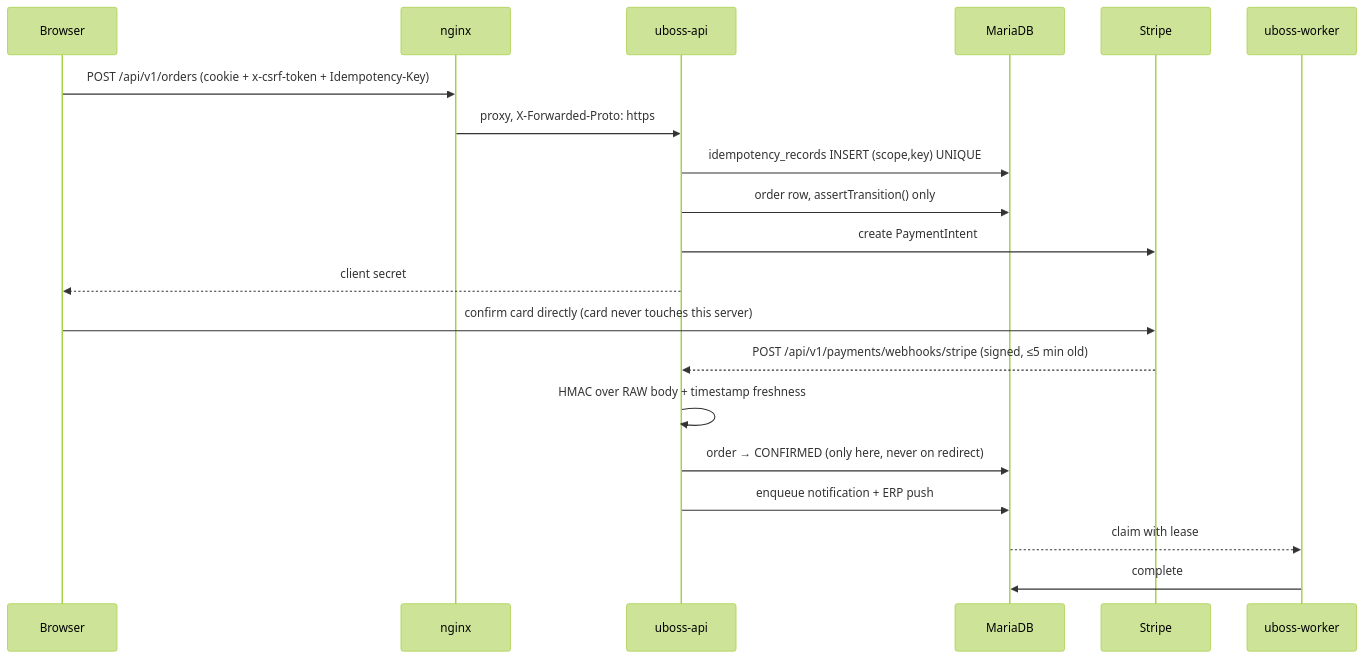
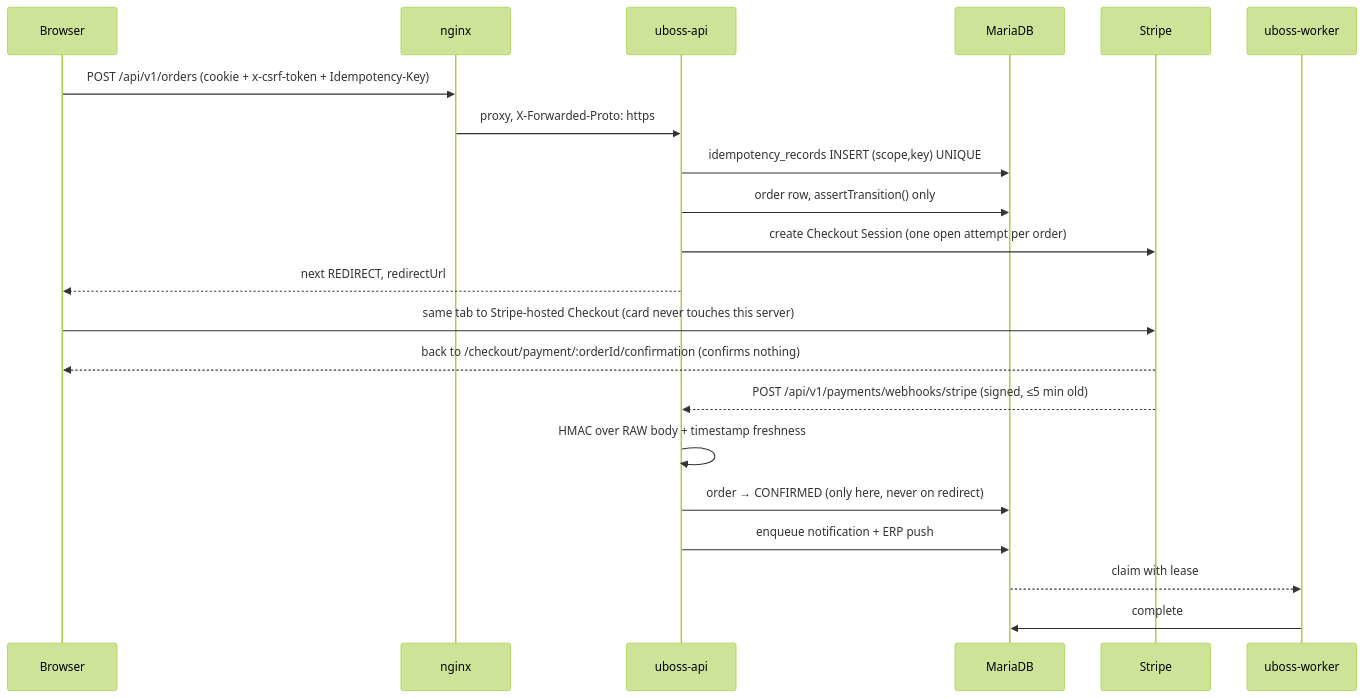
Before and after one commit to UBoss-AI/UBoss-Sourcing: the third of 8 diagrams in docs/DEPLOYMENT.md, drawn with Mermaid (forest theme). The commit also changed other lines of this file and 236 other files, not shown here.

````diff
--- a/docs/DEPLOYMENT.md
+++ b/docs/DEPLOYMENT.md
@@ -298,23 +298,24 @@
 ```mermaid
 sequenceDiagram
   participant B as Browser
   participant N as nginx
   participant API as uboss-api
   participant DB as MariaDB
   participant S as Stripe
   participant W as uboss-worker
 
   B->>N: POST /api/v1/orders (cookie + x-csrf-token + Idempotency-Key)
   N->>API: proxy, X-Forwarded-Proto: https
   API->>DB: idempotency_records INSERT (scope,key) UNIQUE
   API->>DB: order row, assertTransition() only
-  API->>S: create PaymentIntent
-  API-->>B: client secret
-  B->>S: confirm card directly (card never touches this server)
+  API->>S: create Checkout Session (one open attempt per order)
+  API-->>B: next REDIRECT, redirectUrl
+  B->>S: same tab to Stripe-hosted Checkout (card never touches this server)
+  S-->>B: back to /checkout/payment/:orderId/confirmation (confirms nothing)
   S-->>API: POST /api/v1/payments/webhooks/stripe (signed, ≤5 min old)
   API->>API: HMAC over RAW body + timestamp freshness
   API->>DB: order → CONFIRMED (only here, never on redirect)
   API->>DB: enqueue notification + ERP push
   DB-->>W: claim with lease
   W->>DB: complete
 ```
````
